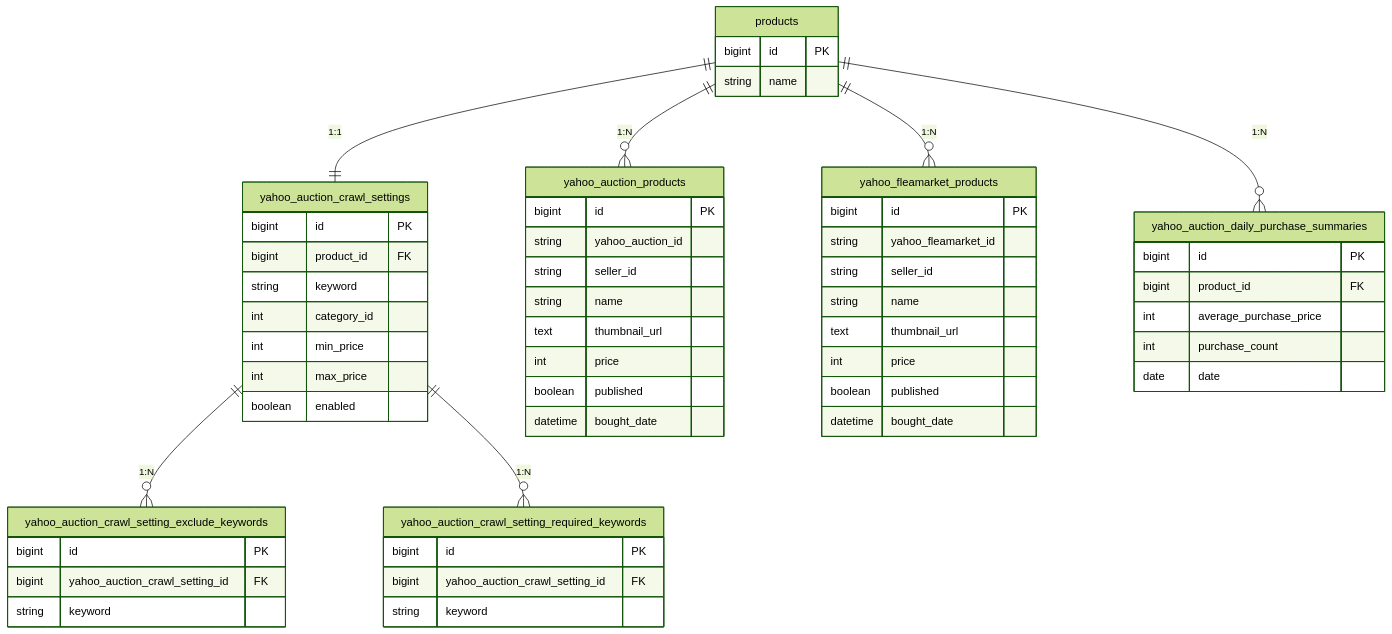
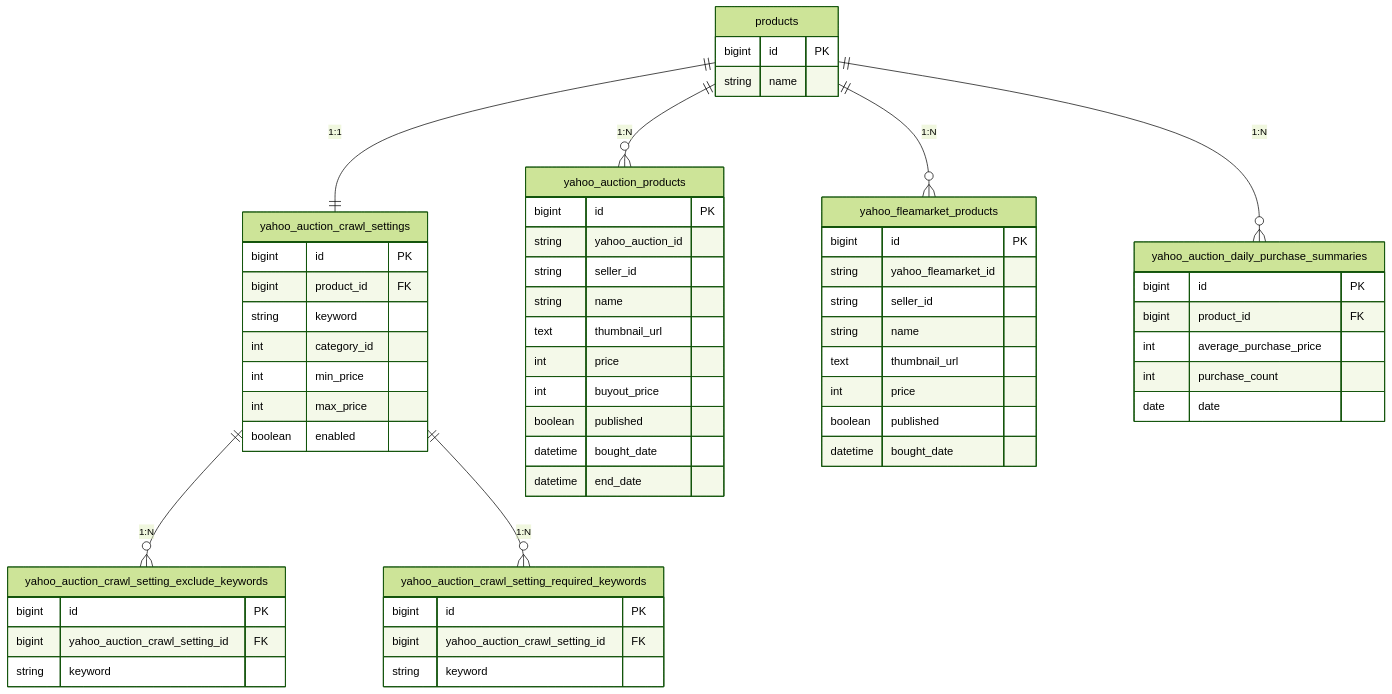
Before and after one commit to kuroweb/price-monitoring: the second of 4 diagrams in README.md, drawn with Mermaid (forest theme). The commit also changed 3 other files, not shown here.

````diff
--- a/README.md
+++ b/README.md
@@ -78,60 +78,62 @@
 ```mermaid
 erDiagram
   products {
     bigint id PK
     string name
   }
   yahoo_auction_crawl_settings {
     bigint id PK
     bigint product_id FK
     string keyword
     int category_id
     int min_price
     int max_price
     boolean enabled
   }
   yahoo_auction_crawl_setting_exclude_keywords {
     bigint id PK
     bigint yahoo_auction_crawl_setting_id FK
     string keyword
   }
   yahoo_auction_crawl_setting_required_keywords {
     bigint id PK
     bigint yahoo_auction_crawl_setting_id FK
     string keyword
   }
   yahoo_auction_products {
     bigint id PK
     string yahoo_auction_id
     string seller_id
     string name
     text thumbnail_url
     int price
+    int buyout_price
     boolean published
     datetime bought_date
+    datetime end_date
   }
   yahoo_fleamarket_products {
     bigint id PK
     string yahoo_fleamarket_id
     string seller_id
     string name
     text thumbnail_url
     int price
     boolean published
     datetime bought_date
   }
   yahoo_auction_daily_purchase_summaries {
     bigint id PK
     bigint product_id FK
     int average_purchase_price
     int purchase_count
     date date
   }
 
   products ||--|| yahoo_auction_crawl_settings : "1:1"
   yahoo_auction_crawl_settings ||--o{ yahoo_auction_crawl_setting_exclude_keywords : "1:N"
   yahoo_auction_crawl_settings ||--o{ yahoo_auction_crawl_setting_required_keywords : "1:N"
   products ||--o{ yahoo_auction_products : "1:N"
   products ||--o{ yahoo_fleamarket_products : "1:N"
   products ||--o{ yahoo_auction_daily_purchase_summaries : "1:N"
 ```
````
